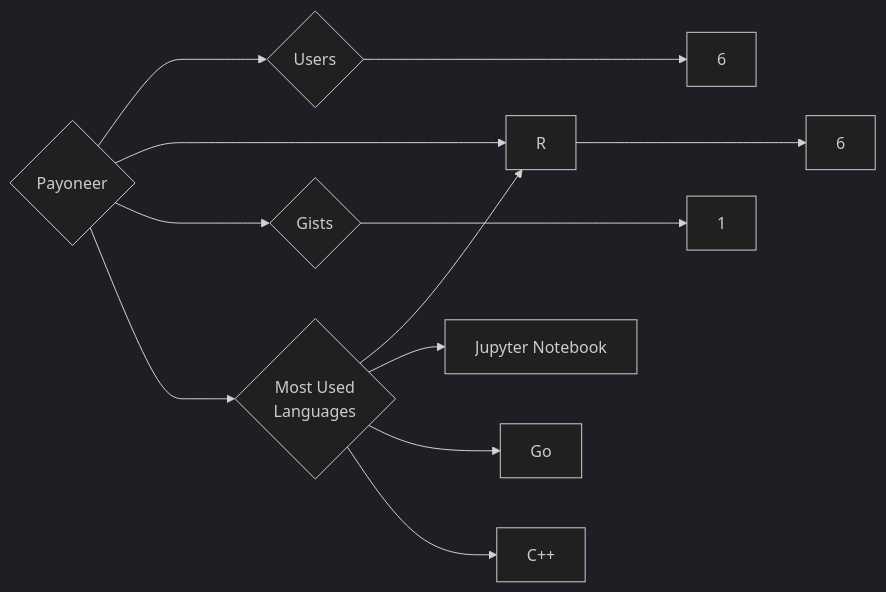
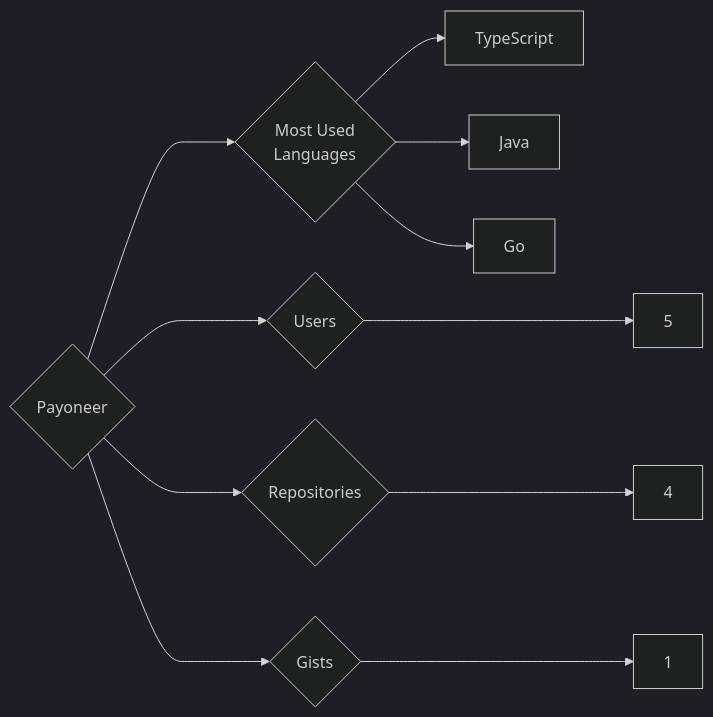
Before and after one commit to trickest/insiders: the diagram in targets/Payoneer/README.md, drawn with Mermaid (dark theme). The commit also changed 1508 other files, not shown here.

````diff
--- a/targets/Payoneer/README.md
+++ b/targets/Payoneer/README.md
@@ -3,12 +3,11 @@
 ```mermaid
 graph LR
 COMPANY_NAME{Payoneer}
-COMPANY_NAME ---> U{Users} ---> UN[6]
-COMPANY_NAME ---> R{Repositories} ---> RN[6]
+COMPANY_NAME ---> U{Users} ---> UN[5]
+COMPANY_NAME ---> R{Repositories} ---> RN[4]
 COMPANY_NAME ---> G{Gists} ---> GN[1]
 COMPANY_NAME ---> ML{Most Used<br>Languages}
-ML --> R[R]
-ML --> Jupyter_Notebook[Jupyter Notebook]
+ML --> TypeScript[TypeScript]
+ML --> Java[Java]
 ML --> Go[Go]
-ML --> C++[C++]
 ```
````
